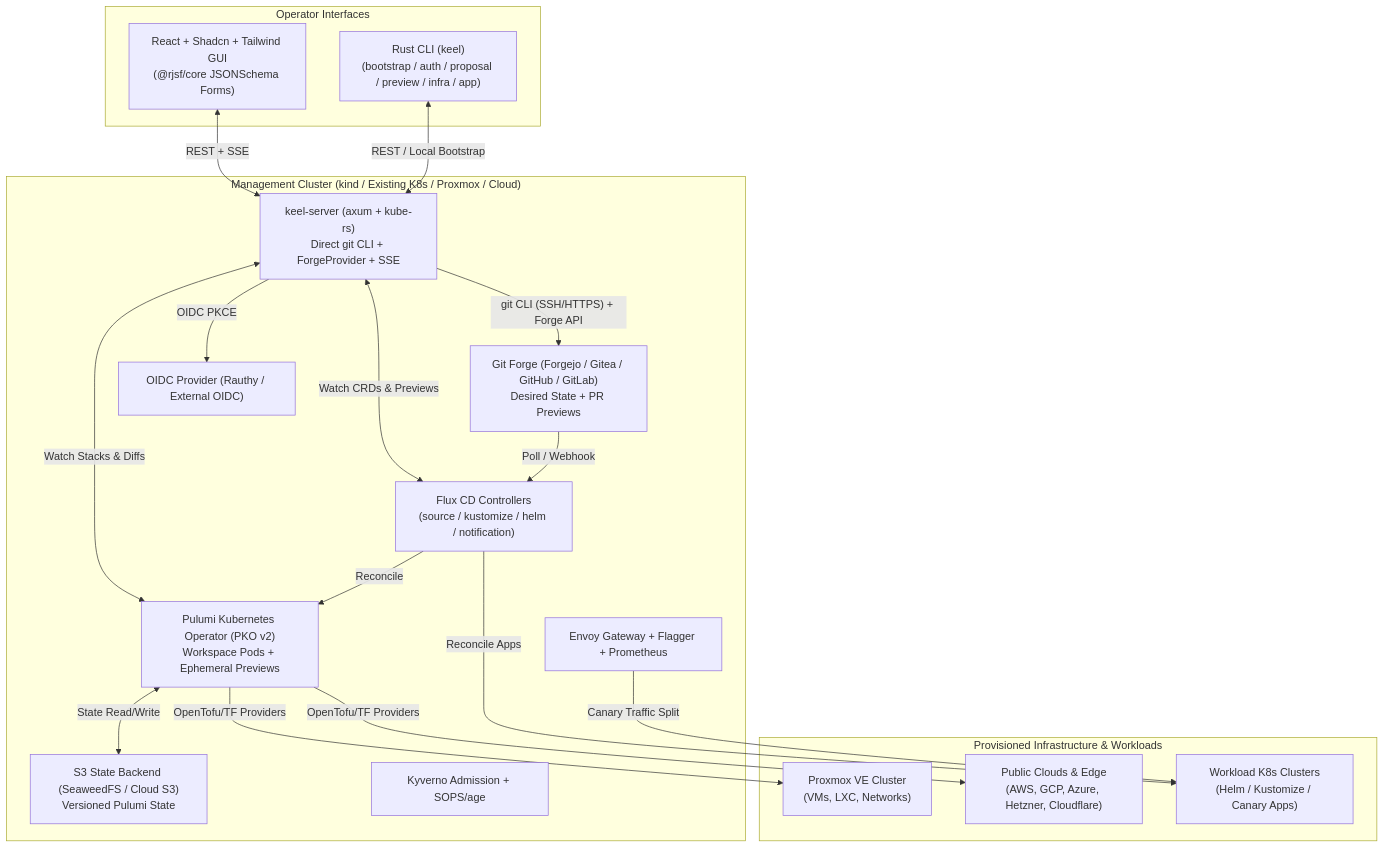
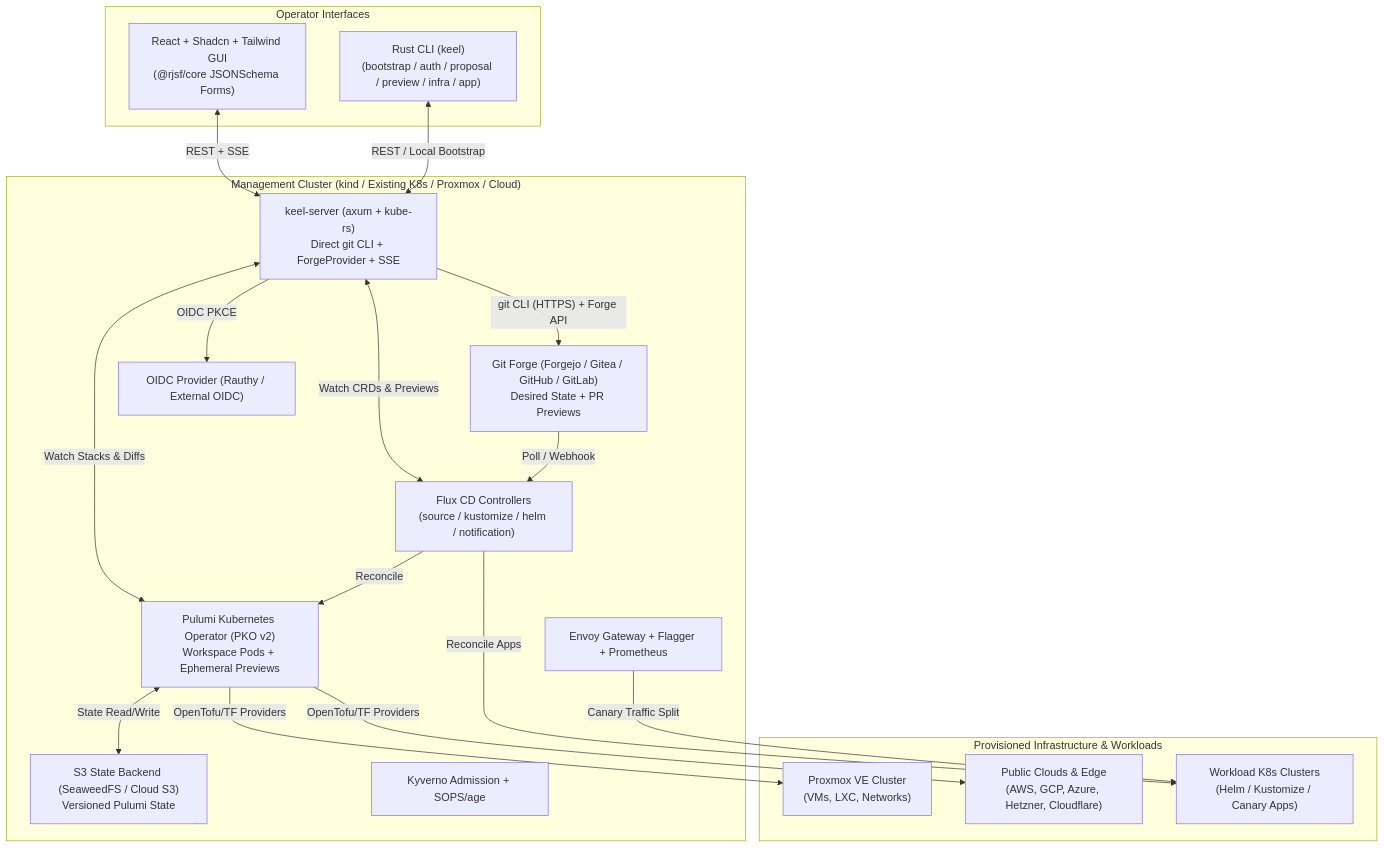
Before and after one commit to rdylanwalker/keel: the diagram in README.md, drawn with Mermaid. The commit also changed 19 other files, not shown here.

````diff
--- a/README.md
+++ b/README.md
@@ -210,38 +210,38 @@
 ```mermaid
 flowchart TB
     subgraph Clients["Operator Interfaces"]
         GUI["React + Shadcn + Tailwind GUI<br/>(@rjsf/core JSONSchema Forms)"]
         CLI["Rust CLI (keel)<br/>(bootstrap / auth / proposal / preview / infra / app)"]
     end
 
     subgraph ControlPlane["Management Cluster (kind / Existing K8s / Proxmox / Cloud)"]
         API["keel-server (axum + kube-rs)<br/>Direct git CLI + ForgeProvider + SSE"]
         S3["S3 State Backend (SeaweedFS / Cloud S3)<br/>Versioned Pulumi State"]
         FORGE["Git Forge (Forgejo / Gitea / GitHub / GitLab)<br/>Desired State + PR Previews"]
         OIDC["OIDC Provider (Rauthy / External OIDC)"]
         FLUX["Flux CD Controllers<br/>(source / kustomize / helm / notification)"]
         PKO["Pulumi Kubernetes Operator (PKO v2)<br/>Workspace Pods + Ephemeral Previews"]
         GUARD["Kyverno Admission + SOPS/age"]
         ENVOY["Envoy Gateway + Flagger + Prometheus"]
     end
 
     subgraph Targets["Provisioned Infrastructure & Workloads"]
         PVE["Proxmox VE Cluster<br/>(VMs, LXC, Networks)"]
         CLOUD["Public Clouds & Edge<br/>(AWS, GCP, Azure, Hetzner, Cloudflare)"]
         W_K8S["Workload K8s Clusters<br/>(Helm / Kustomize / Canary Apps)"]
     end
 
     GUI <-->|"REST + SSE"| API
     CLI <-->|"REST / Local Bootstrap"| API
     API -->|"OIDC PKCE"| OIDC
-    API -->|"git CLI (SSH/HTTPS) + Forge API"| FORGE
+    API -->|"git CLI (HTTPS) + Forge API"| FORGE
     API <-->|"Watch CRDs & Previews"| FLUX
     API <-->|"Watch Stacks & Diffs"| PKO
     FORGE -->|"Poll / Webhook"| FLUX
     FLUX -->|"Reconcile"| PKO
     FLUX -->|"Reconcile Apps"| W_K8S
     PKO <-->|"State Read/Write"| S3
     PKO -->|"OpenTofu/TF Providers"| PVE
     PKO -->|"OpenTofu/TF Providers"| CLOUD
     ENVOY -->|"Canary Traffic Split"| W_K8S
 ```
````
